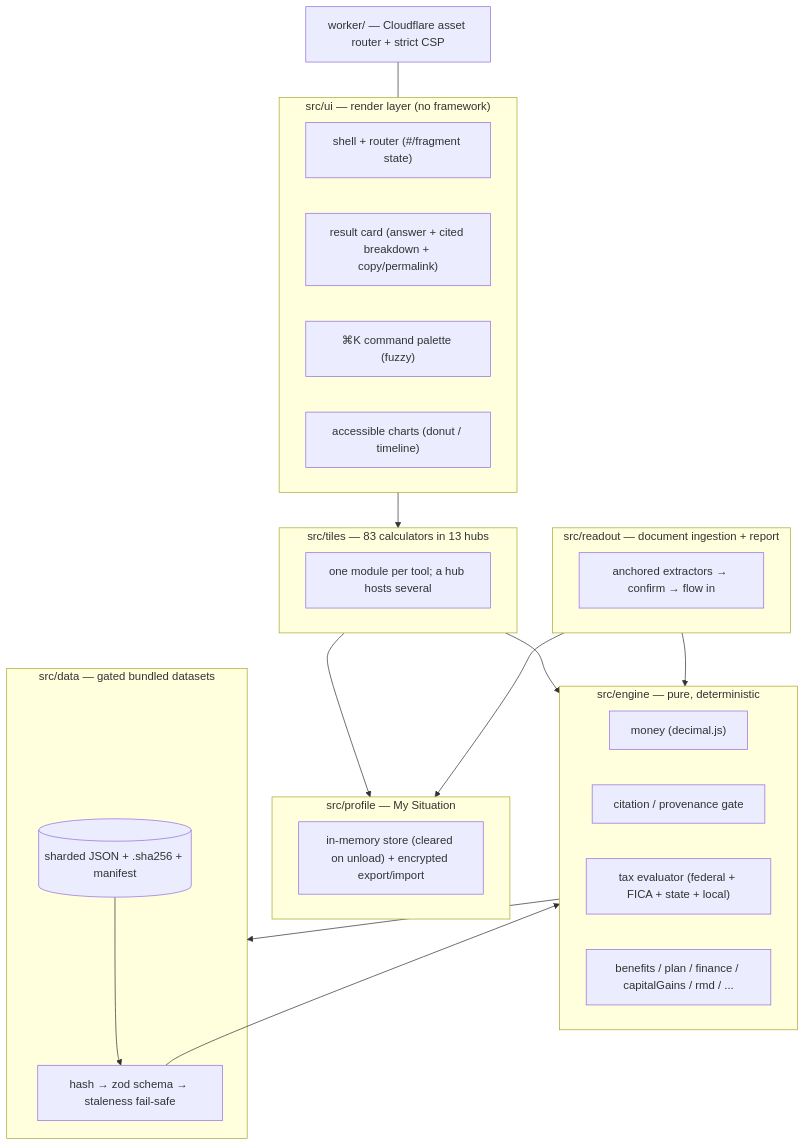
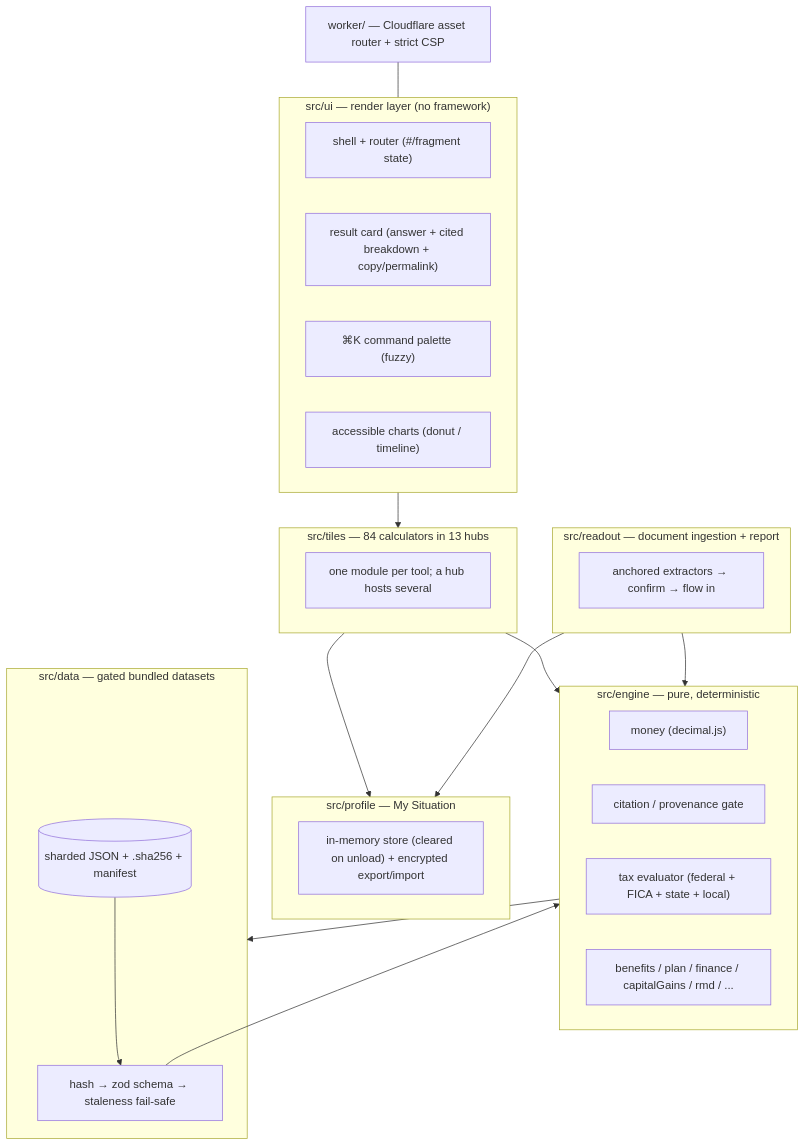
Before and after one commit to clay-good/enklayve: the second of 7 diagrams in docs/under-the-hood.md, drawn with Mermaid. The commit also changed other lines of this file and 13 other files, not shown here.

````diff
--- a/docs/under-the-hood.md
+++ b/docs/under-the-hood.md
@@ -300,36 +300,36 @@
 ```mermaid
 flowchart TD
     subgraph UI["src/ui — render layer (no framework)"]
         SH["shell + router (#/fragment state)"]
         RC["result card (answer + cited breakdown + copy/permalink)"]
         CP["⌘K command palette (fuzzy)"]
         CH["accessible charts (donut / timeline)"]
     end
-    subgraph TILES["src/tiles — 83 calculators in 13 hubs"]
+    subgraph TILES["src/tiles — 84 calculators in 13 hubs"]
         T1["one module per tool; a hub hosts several"]
     end
     subgraph PROFILE["src/profile — My Situation"]
         PS["in-memory store (cleared on unload) + encrypted export/import"]
     end
     subgraph READOUT["src/readout — document ingestion + report"]
         RX["anchored extractors → confirm → flow in"]
     end
     subgraph ENGINE["src/engine — pure, deterministic"]
         MN["money (decimal.js)"]
         CI["citation / provenance gate"]
         TAX["tax evaluator (federal + FICA + state + local)"]
         BEN["benefits / plan / finance / capitalGains / rmd / ..."]
     end
     subgraph DATA["src/data — gated bundled datasets"]
         LO["hash → zod schema → staleness fail-safe"]
         DS[("sharded JSON + .sha256 + manifest")]
     end
     TILES --> ENGINE
     READOUT --> ENGINE
     TILES --> PROFILE
     READOUT --> PROFILE
     UI --> TILES
     ENGINE --> DATA
     DS --> LO --> ENGINE
     WORKER["worker/ — Cloudflare asset router + strict CSP"] --- UI
 ```
````
